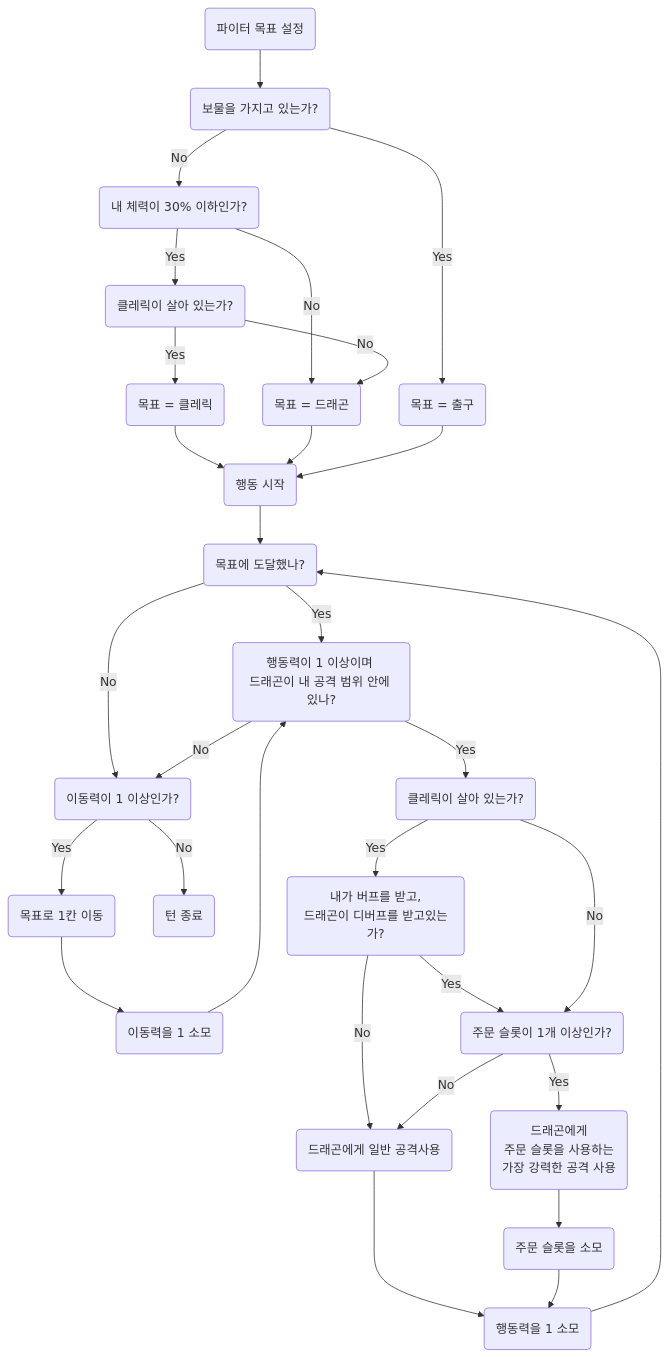
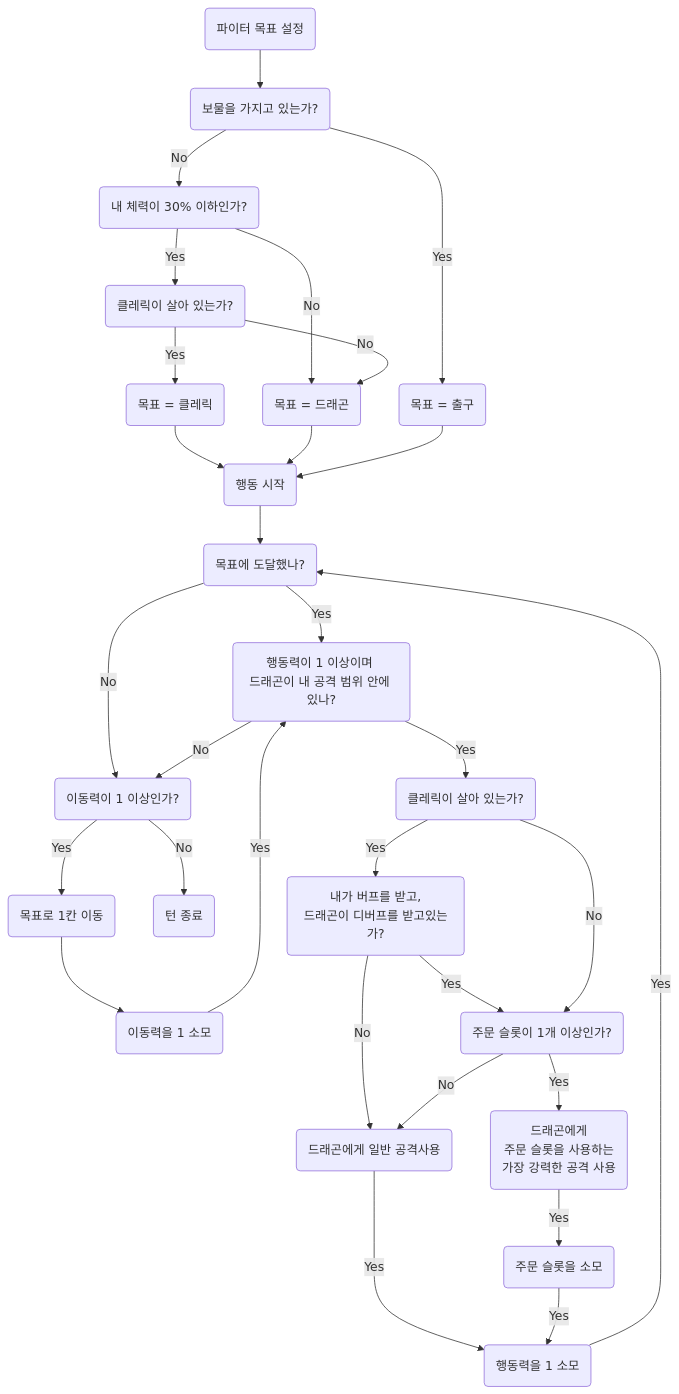
Before and after one commit to taekyung00/CodePistols_DragonicTactics: the diagram in architecture/character_flowchart/fighter.mmd, drawn with Mermaid.

```diff
--- a/architecture/character_flowchart/fighter.mmd
+++ b/architecture/character_flowchart/fighter.mmd
@@ -1,50 +1,46 @@
 flowchart TD
     %% Nodes for fighter
         SettingTarget("파이터 목표 설정")
-        SettingTarget                                       --> AreWeInDanger("보물을 가지고 있는가?")
+        SettingTarget--> AreWeInDanger("보물을 가지고 있는가?")
         
-        AreWeInDanger                       --      "Yes"   --> TargetExit("목표 = 출구")
-        AreWeInDanger                       --      "No"    --> AmIInDanger("내 체력이 30% 이하인가?")
+        AreWeInDanger--      "Yes"   --> TargetExit("목표 = 출구")
+        AreWeInDanger--      "No"    --> AmIInDanger("내 체력이 30% 이하인가?")
         
-        AmIInDanger                         --      "Yes"   --> IsClericAlive("클레릭이 살아 있는가?")
-        AmIInDanger                         --      "No"    --> TargetDragon("목표 = 드래곤")
+        AmIInDanger--      "Yes"   --> IsClericAlive("클레릭이 살아 있는가?")
+        AmIInDanger--      "No"    --> TargetDragon("목표 = 드래곤")
         
-        IsClericAlive                       --      "Yes"   --> TargetCleric("목표 = 클레릭")
-        IsClericAlive                       --      "No"    --> TargetDragon("목표 = 드래곤")
+        IsClericAlive--      "Yes"   --> TargetCleric("목표 = 클레릭")
+        IsClericAlive--      "No"    --> TargetDragon("목표 = 드래곤")
         
         
-        TargetCleric                                        --> MoveStart("행동 시작")
-        TargetDragon                                        --> MoveStart("행동 시작")
-        TargetExit                                          --> MoveStart("행동 시작")
+        TargetCleric--> MoveStart("행동 시작")
+        TargetDragon--> MoveStart("행동 시작")
+        TargetExit--> MoveStart("행동 시작")
 
-        MoveStart                                           --> AmIOnTarget("목표에 도달했나?")
+        MoveStart--> AmIOnTarget("목표에 도달했나?")
 
-        AmIOnTarget                         --      "Yes"   --> CanIAttack("행동력이 1 이상이며 <br>드래곤이 내 공격 범위 안에 있나?")
-        AmIOnTarget                         --      "No"    --> CanIMove("이동력이 1 이상인가?")
+        AmIOnTarget--      "Yes"   --> CanIAttack("행동력이 1 이상이며 <br>드래곤이 내 공격 범위 안에 있나?")
+        AmIOnTarget--      "No"    --> CanIMove("이동력이 1 이상인가?")
 
-        CanIMove                            --      "Yes"   --> MoveToTarget("목표로 1칸 이동")
-        CanIMove                            --      "No"    --> TurnEnd("턴 종료")
+        CanIMove--      "Yes"   --> MoveToTarget("목표로 1칸 이동")
+        CanIMove--      "No"    --> TurnEnd("턴 종료")
+        MoveToTarget--> DecreaseMovePoint("이동력을 1 소모")
 
-        MoveToTarget                                        --> DecreaseMovePoint("이동력을 1 소모")
+        CanIAttack--      "Yes"   --> IsClericAlive2("클레릭이 살아 있는가?")
+        CanIAttack--      "No"    --> CanIMove("이동력이 1 이상인가?")
+        IsClericAlive2--      "Yes"   --> DoIHaveBuffAndDoesDragonHasDebuff("내가 버프를 받고,<br>드래곤이 디버프를 받고있는가?")
+        DoIHaveBuffAndDoesDragonHasDebuff--      "Yes"   --> DoIHaveSpellSlot("주문 슬롯이 1개 이상인가?")
+        DoIHaveBuffAndDoesDragonHasDebuff--      "No"    --> AttackDragon("드래곤에게 일반 공격사용")
+        IsClericAlive2--      "No"    --> DoIHaveSpellSlot("주문 슬롯이 1개 이상인가?")
+        DoIHaveSpellSlot--      "Yes"   --> SpellAttackDragon("드래곤에게<br>주문 슬롯을 사용하는<br>가장 강력한 공격 사용")
+        DoIHaveSpellSlot--      "No"    --> AttackDragon("드래곤에게 일반 공격사용")
 
-        CanIAttack                          --      "Yes"   --> IsClericAlive2("클레릭이 살아 있는가?")
-        CanIAttack                          --      "No"    --> CanIMove("이동력이 1 이상인가?")
+        AttackDragon--      "Yes"   --> DecreaseActionPoint("행동력을 1 소모")
 
-        IsClericAlive2                      --      "Yes"   --> DoIHaveBuffAndDoesDragonHasDebuff("내가 버프를 받고,<br>드래곤이 디버프를 받고있는가?")
-        DoIHaveBuffAndDoesDragonHasDebuff   --      "Yes"   --> DoIHaveSpellSlot("주문 슬롯이 1개 이상인가?")
-        DoIHaveBuffAndDoesDragonHasDebuff   --      "No"    --> AttackDragon("드래곤에게 일반 공격사용")
-        IsClericAlive2                      --      "No"    --> DoIHaveSpellSlot("주문 슬롯이 1개 이상인가?")
+        SpellAttackDragon--      "Yes"   --> DecreaseSpellSlot("주문 슬롯을 소모")
+        DecreaseSpellSlot--      "Yes"   --> DecreaseActionPoint("행동력을 1 소모")
 
-        DoIHaveSpellSlot                    --      "Yes"   --> SpellAttackDragon("드래곤에게<br>주문 슬롯을 사용하는<br>가장 강력한 공격 사용")
-        DoIHaveSpellSlot                    --      "No"    --> AttackDragon("드래곤에게 일반 공격사용")
-
-        AttackDragon                                        --> DecreaseActionPoint("행동력을 1 소모")
-
-        SpellAttackDragon                                   --> DecreaseSpellSlot("주문 슬롯을 소모")
-
-        DecreaseSpellSlot                                   --> DecreaseActionPoint("행동력을 1 소모")
-
-        DecreaseMovePoint                                   --> CanIAttack("행동력이 1 이상이며 <br>드래곤이 내 공격 범위 안에 있나?")
+        DecreaseMovePoint--      "Yes"   --> CanIAttack("행동력이 1 이상이며 <br>드래곤이 내 공격 범위 안에 있나?")
         
-        DecreaseActionPoint                                 --> AmIOnTarget("목표에 도달했나?")
+        DecreaseActionPoint--      "Yes"   --> AmIOnTarget("목표에 도달했나?")
     %% You can add notes with two "%" signs in a row!
```
